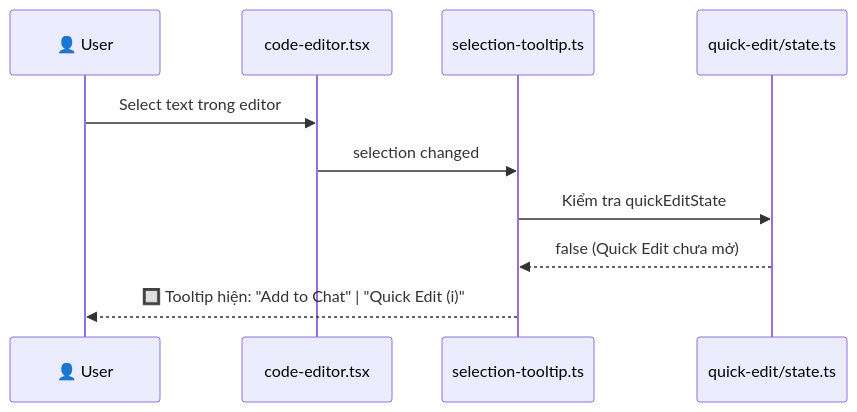
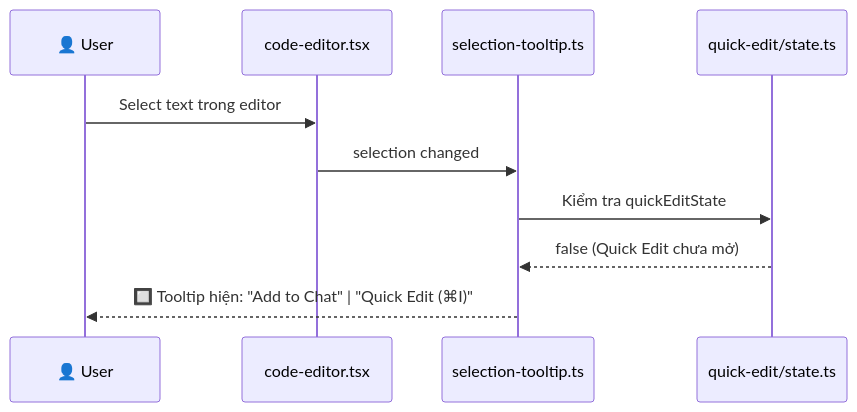
The second of 4 diagrams in docs/guides/13-quick-edit-feature.md (Code-with-Jok/v0-dev), drawn with Mermaid before and after one commit. The commit also changed other lines of this file and 17 other files, not shown here.

Commit message:
feat: Implement AI-powered quick edit and suggestion features within the editor, including API endpoints and documentation.

````diff
--- a/docs/guides/13-quick-edit-feature.md
+++ b/docs/guides/13-quick-edit-feature.md
@@ -89,13 +89,13 @@
 ```mermaid
 sequenceDiagram
     participant User as 👤 User
     participant CE as code-editor.tsx
     participant ST as selection-tooltip.ts
     participant QES as quick-edit/state.ts
 
     User->>CE: Select text trong editor
     CE->>ST: selection changed
     ST->>QES: Kiểm tra quickEditState
     QES-->>ST: false (Quick Edit chưa mở)
-    ST-->>User: 🔲 Tooltip hiện: "Add to Chat" | "Quick Edit (i)"
+    ST-->>User: 🔲 Tooltip hiện: "Add to Chat" | "Quick Edit (⌘I)"
 ```
````
